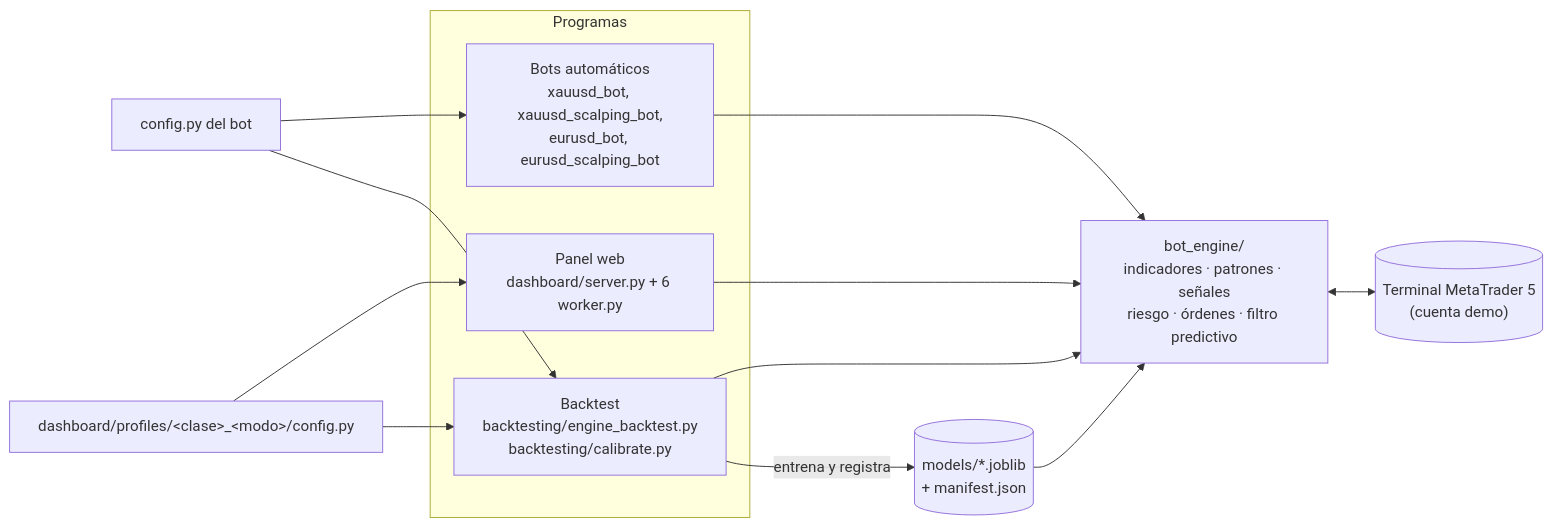
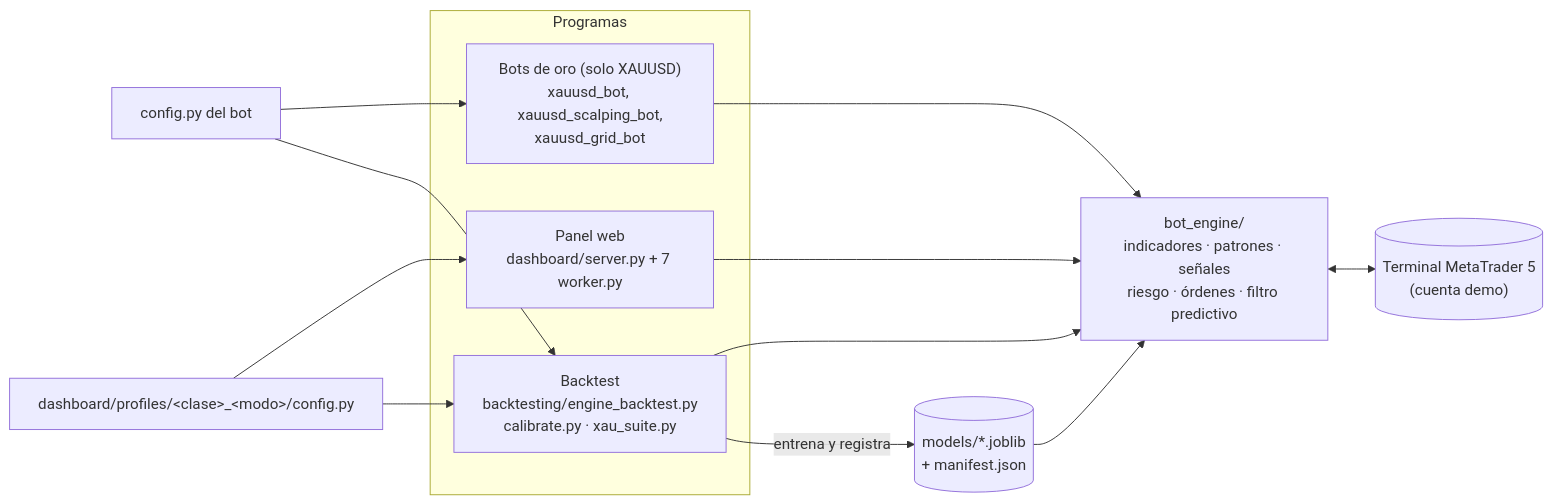
One commit to BlackEagle00/Bot-XAU-USD changed the first of 5 diagrams in docs/ARCHITECTURE.md. Above: the diagram before and after it, drawn with Mermaid. The commit also changed other lines of this file and 37 other files, not shown here.

Commit message:
Nuevo intento con ajuste de grid a scalping, eliminación de grid y nueva reevaluación para scalping

````diff
--- a/docs/ARCHITECTURE.md
+++ b/docs/ARCHITECTURE.md
@@ -10,19 +10,19 @@
 ```mermaid
 flowchart LR
     subgraph Programas
-        B["Bots automáticos<br/>xauusd_bot, xauusd_scalping_bot,<br/>eurusd_bot, eurusd_scalping_bot"]
-        P["Panel web<br/>dashboard/server.py + 6 worker.py"]
-        T["Backtest<br/>backtesting/engine_backtest.py<br/>backtesting/calibrate.py"]
+        B["Bots de oro (solo XAUUSD)<br/>xauusd_bot, xauusd_scalping_bot,<br/>xauusd_grid_bot"]
+        P["Panel web<br/>dashboard/server.py + 7 worker.py"]
+        T["Backtest<br/>backtesting/engine_backtest.py<br/>calibrate.py · xau_suite.py"]
     end
     E["bot_engine/<br/>indicadores · patrones · señales<br/>riesgo · órdenes · filtro predictivo"]
     C1["config.py del bot"] --> B
     C2["dashboard/profiles/&lt;clase&gt;_&lt;modo&gt;/config.py"] --> P
     C2 --> T
     C1 --> T
     B --> E
     P --> E
     T --> E
     E <--> MT5[("Terminal MetaTrader 5<br/>(cuenta demo)")]
     M[("models/*.joblib<br/>+ manifest.json")] --> E
     T -- "entrena y registra" --> M
 ```
````
